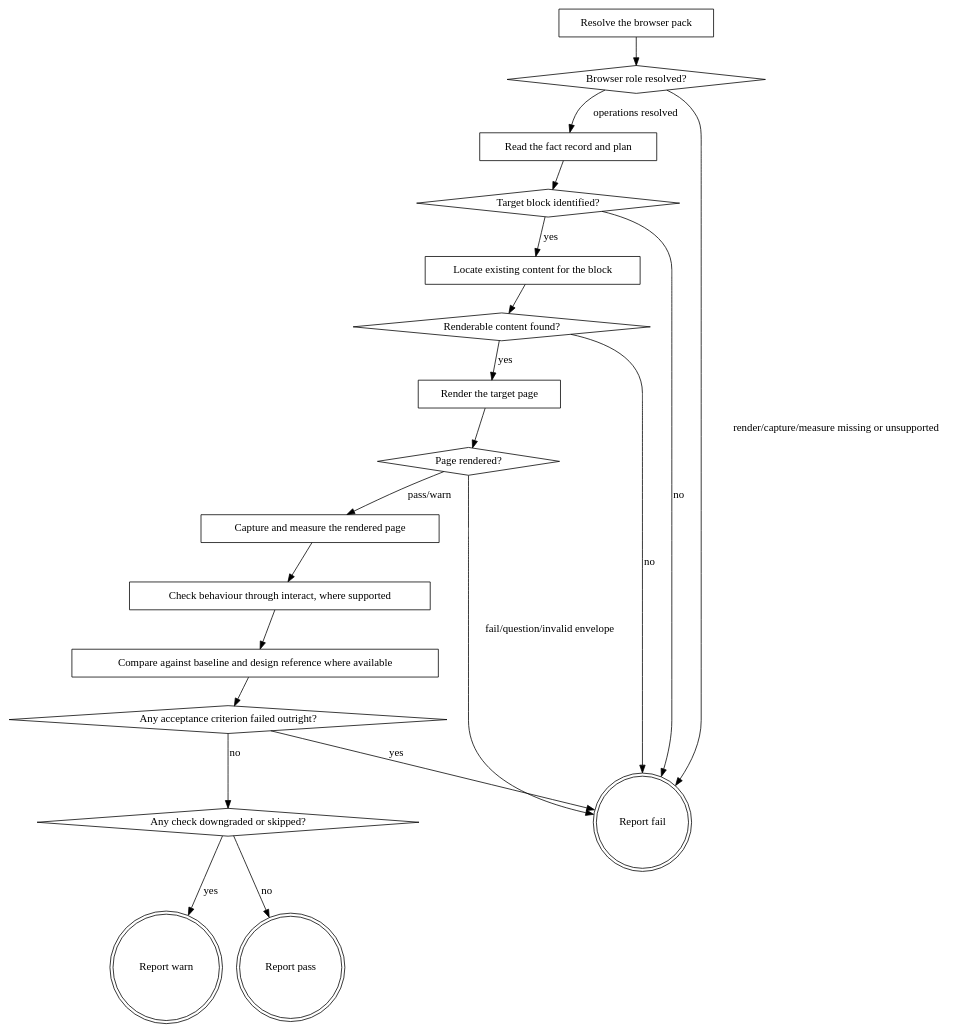
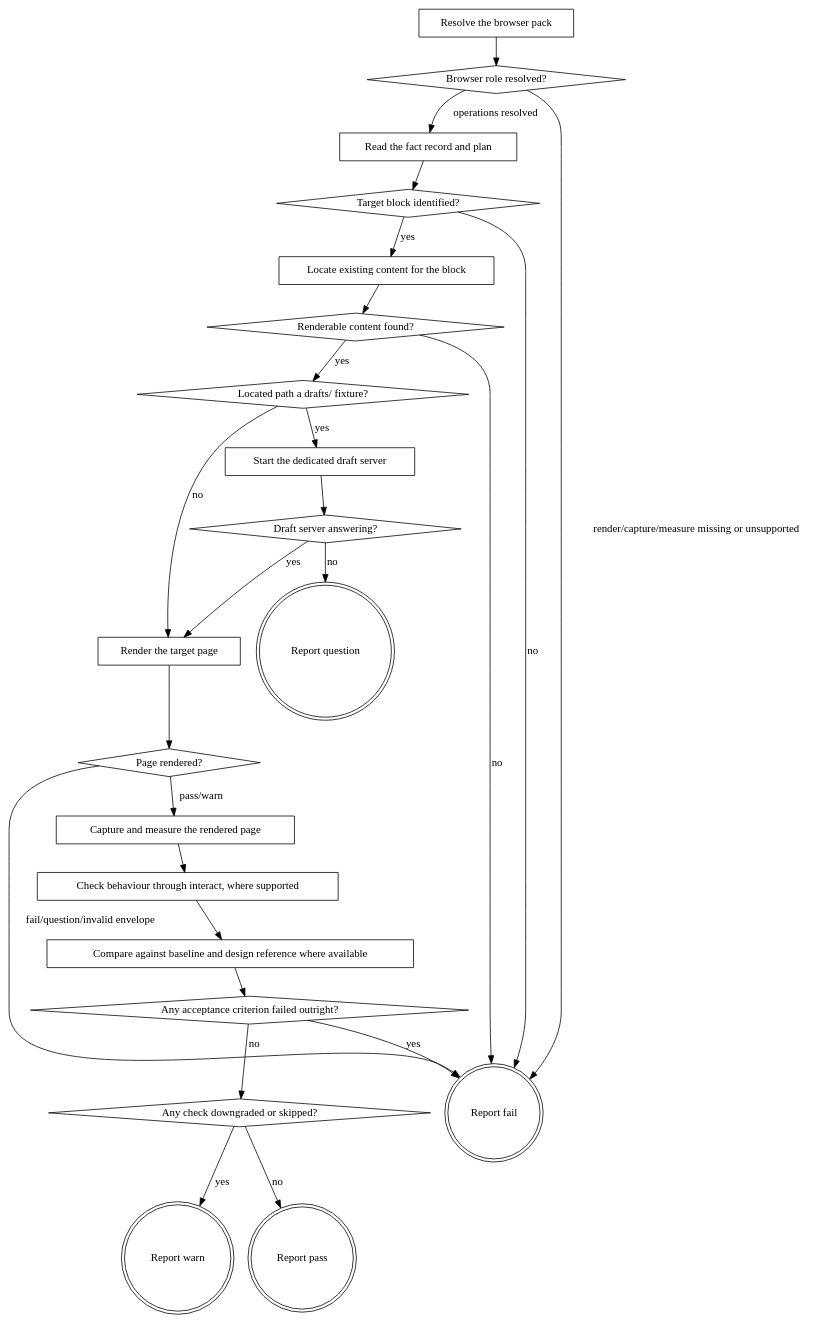
The diagram in plugins/eds/skills/eds-verify/SKILL.md (agenticDraft/aem-eds-ai-workflow-demo), drawn with Graphviz before and after one commit. The commit also changed other lines of this file and 15 other files, not shown here.

````diff
--- a/plugins/eds/skills/eds-verify/SKILL.md
+++ b/plugins/eds/skills/eds-verify/SKILL.md
@@ -49,40 +50,49 @@
 ```dot
 digraph eds_verify {
     "Resolve the browser pack" [shape=box];
     "Browser role resolved?" [shape=diamond];
     "Read the fact record and plan" [shape=box];
     "Target block identified?" [shape=diamond];
     "Locate existing content for the block" [shape=box];
     "Renderable content found?" [shape=diamond];
+    "Located path a drafts/ fixture?" [shape=diamond];
+    "Start the dedicated draft server" [shape=box];
+    "Draft server answering?" [shape=diamond];
     "Render the target page" [shape=box];
     "Page rendered?" [shape=diamond];
     "Capture and measure the rendered page" [shape=box];
     "Check behaviour through interact, where supported" [shape=box];
     "Compare against baseline and design reference where available" [shape=box];
     "Any acceptance criterion failed outright?" [shape=diamond];
     "Any check downgraded or skipped?" [shape=diamond];
     "Report fail" [shape=doublecircle];
+    "Report question" [shape=doublecircle];
     "Report warn" [shape=doublecircle];
     "Report pass" [shape=doublecircle];
 
     "Resolve the browser pack" -> "Browser role resolved?";
     "Browser role resolved?" -> "Read the fact record and plan" [label="operations resolved"];
     "Browser role resolved?" -> "Report fail" [label="render/capture/measure missing or unsupported"];
     "Read the fact record and plan" -> "Target block identified?";
     "Target block identified?" -> "Locate existing content for the block" [label="yes"];
     "Target block identified?" -> "Report fail" [label="no"];
     "Locate existing content for the block" -> "Renderable content found?";
-    "Renderable content found?" -> "Render the target page" [label="yes"];
+    "Renderable content found?" -> "Located path a drafts/ fixture?" [label="yes"];
     "Renderable content found?" -> "Report fail" [label="no"];
+    "Located path a drafts/ fixture?" -> "Start the dedicated draft server" [label="yes"];
+    "Located path a drafts/ fixture?" -> "Render the target page" [label="no"];
+    "Start the dedicated draft server" -> "Draft server answering?";
+    "Draft server answering?" -> "Render the target page" [label="yes"];
+    "Draft server answering?" -> "Report question" [label="no"];
     "Render the target page" -> "Page rendered?";
     "Page rendered?" -> "Capture and measure the rendered page" [label="pass/warn"];
     "Page rendered?" -> "Report fail" [label="fail/question/invalid envelope"];
     "Capture and measure the rendered page" -> "Check behaviour through interact, where supported";
     "Check behaviour through interact, where supported" -> "Compare against baseline and design reference where available";
     "Compare against baseline and design reference where available" -> "Any acceptance criterion failed outright?";
     "Any acceptance criterion failed outright?" -> "Report fail" [label="yes"];
     "Any acceptance criterion failed outright?" -> "Any check downgraded or skipped?" [label="no"];
     "Any check downgraded or skipped?" -> "Report warn" [label="yes"];
     "Any check downgraded or skipped?" -> "Report pass" [label="no"];
 }
 ```
````
